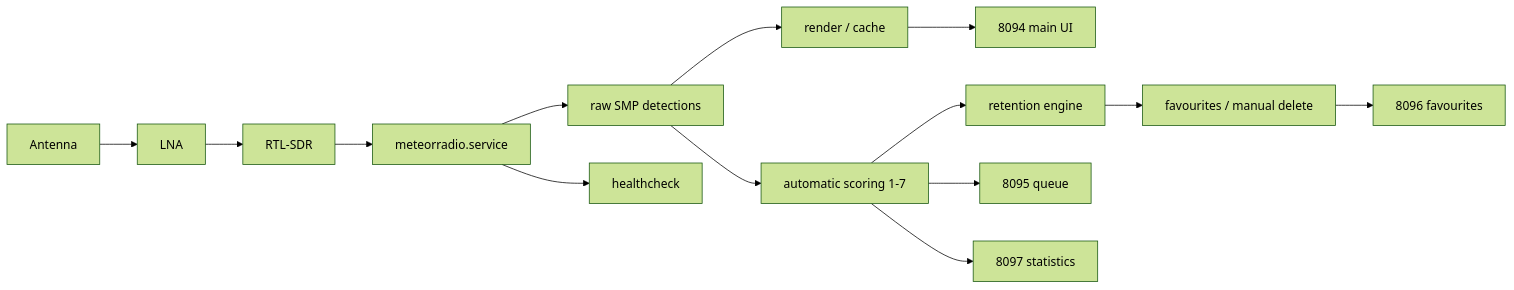
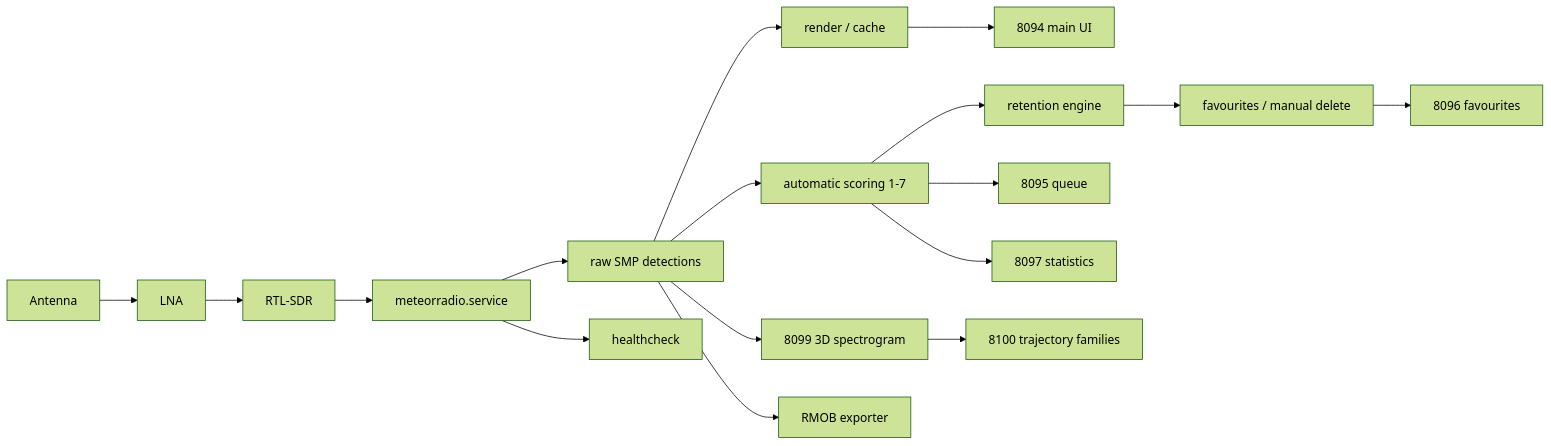
One commit to tomaszspica-dot/MeteorRadio-V5-Station changed the diagram in README.md. Above: the diagram before and after it, drawn with Mermaid (forest theme). The commit also changed other lines of this file and 6 other files, not shown here.

````diff
--- a/README.md
+++ b/README.md
@@ -45,16 +47,19 @@
 ```mermaid
 flowchart LR
     A[Antenna] --> B[LNA]
     B --> C[RTL-SDR]
     C --> D[meteorradio.service]
     D --> E[raw SMP detections]
     E --> F[render / cache]
     E --> G[automatic scoring 1-7]
     G --> H[retention engine]
     H --> I[favourites / manual delete]
     F --> J[8094 main UI]
     G --> K[8095 queue]
     I --> L[8096 favourites]
     G --> M[8097 statistics]
+    E --> O[8099 3D spectrogram]
+    O --> P[8100 trajectory families]
+    E --> Q[RMOB exporter]
     D --> N[healthcheck]
 ```
````
